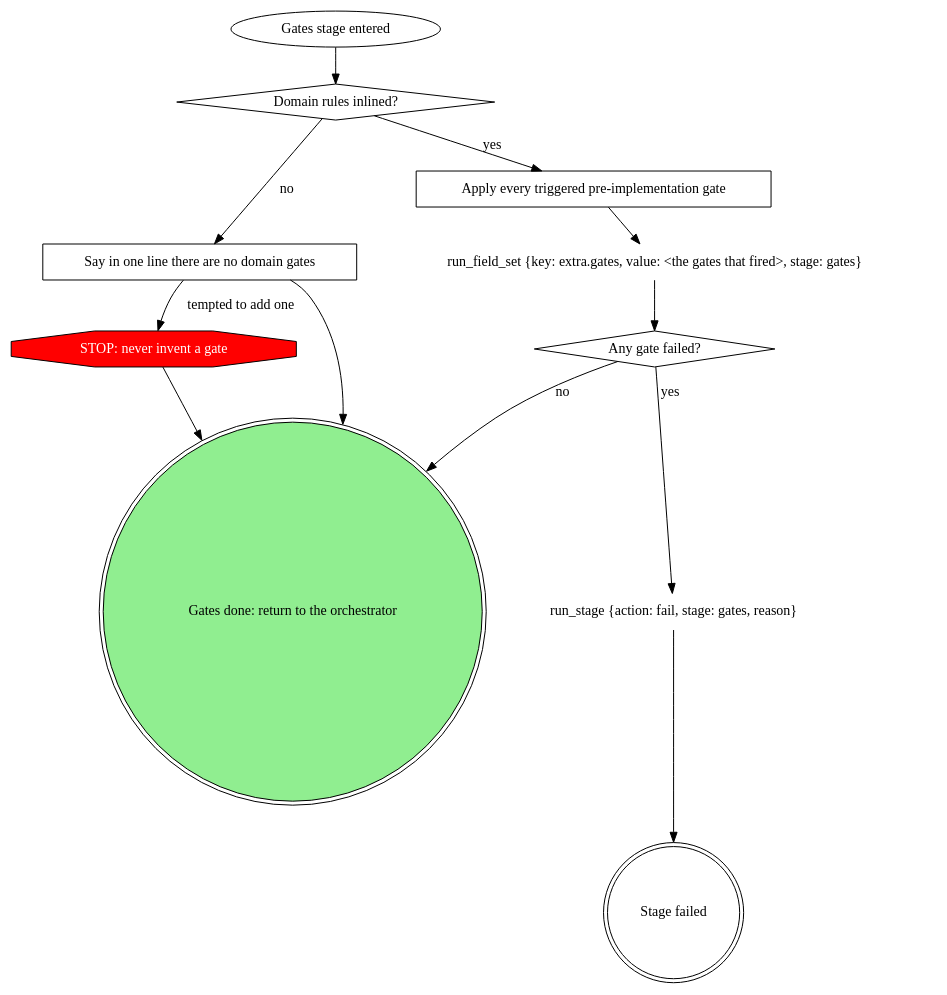
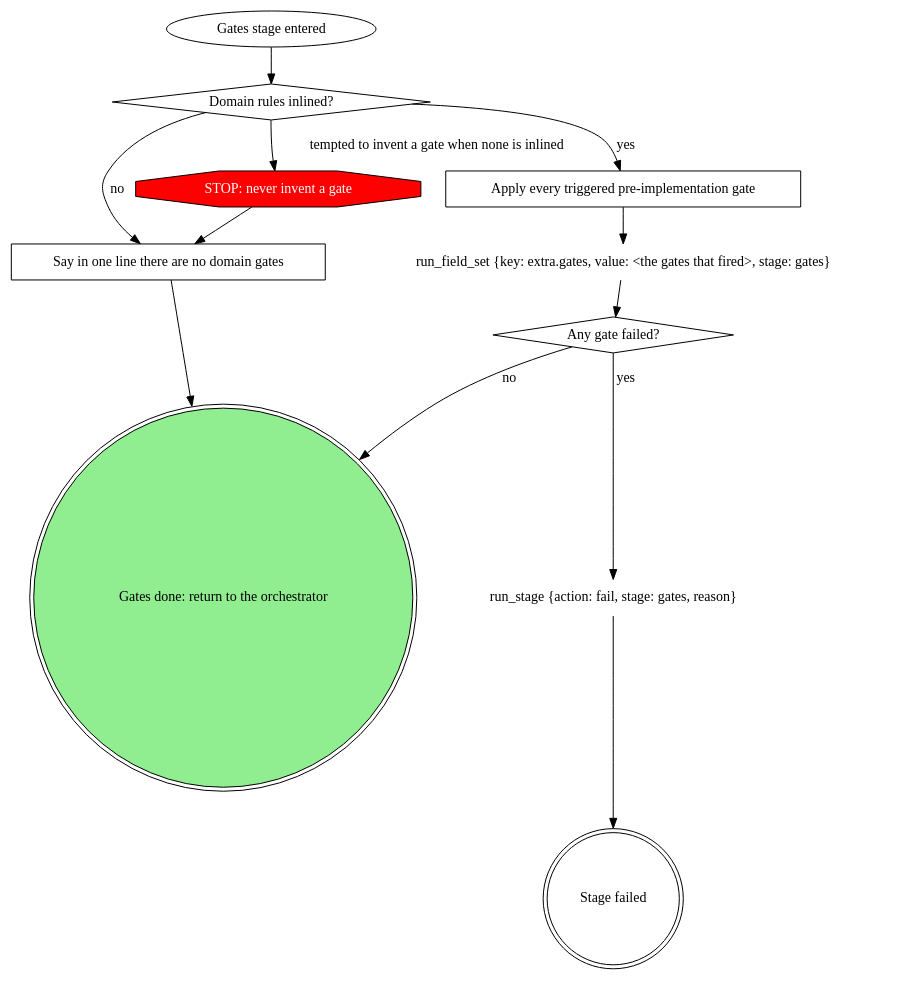
One commit to m4ttstack/mattstack changed the diagram in plugins/mattstack/attachments/pipeline/stage-gates/SKILL.md. Above: the diagram before and after it, drawn with Graphviz. The commit also changed 2 other files, not shown here.

Commit message:
pipeline: hang gates, implement and plan guard STOPs off decisions

````diff
--- a/plugins/mattstack/attachments/pipeline/stage-gates/SKILL.md
+++ b/plugins/mattstack/attachments/pipeline/stage-gates/SKILL.md
@@ -23,28 +23,28 @@
 ```dot
 digraph gates {
     rankdir=TB;
 
     "Gates stage entered" [shape=ellipse];
     "Domain rules inlined?" [shape=diamond];
     "Say in one line there are no domain gates" [shape=box];
     "STOP: never invent a gate" [shape=octagon style=filled fillcolor=red fontcolor=white];
     "Apply every triggered pre-implementation gate" [shape=box];
     "run_field_set {key: extra.gates, value: <the gates that fired>, stage: gates}" [shape=plaintext];
     "Any gate failed?" [shape=diamond];
     "run_stage {action: fail, stage: gates, reason}" [shape=plaintext];
     "Stage failed" [shape=doublecircle];
     "Gates done: return to the orchestrator" [shape=doublecircle style=filled fillcolor=lightgreen];
 
     "Gates stage entered" -> "Domain rules inlined?";
     "Domain rules inlined?" -> "Say in one line there are no domain gates" [label="no"];
     "Domain rules inlined?" -> "Apply every triggered pre-implementation gate" [label="yes"];
     "Say in one line there are no domain gates" -> "Gates done: return to the orchestrator";
-    "Say in one line there are no domain gates" -> "STOP: never invent a gate" [label="tempted to add one"];
-    "STOP: never invent a gate" -> "Gates done: return to the orchestrator";
+    "Domain rules inlined?" -> "STOP: never invent a gate" [label="tempted to invent a gate when none is inlined"];
+    "STOP: never invent a gate" -> "Say in one line there are no domain gates";
     "Apply every triggered pre-implementation gate" -> "run_field_set {key: extra.gates, value: <the gates that fired>, stage: gates}";
     "run_field_set {key: extra.gates, value: <the gates that fired>, stage: gates}" -> "Any gate failed?";
     "Any gate failed?" -> "run_stage {action: fail, stage: gates, reason}" [label="yes"];
     "Any gate failed?" -> "Gates done: return to the orchestrator" [label="no"];
     "run_stage {action: fail, stage: gates, reason}" -> "Stage failed";
 }
 ```
````
